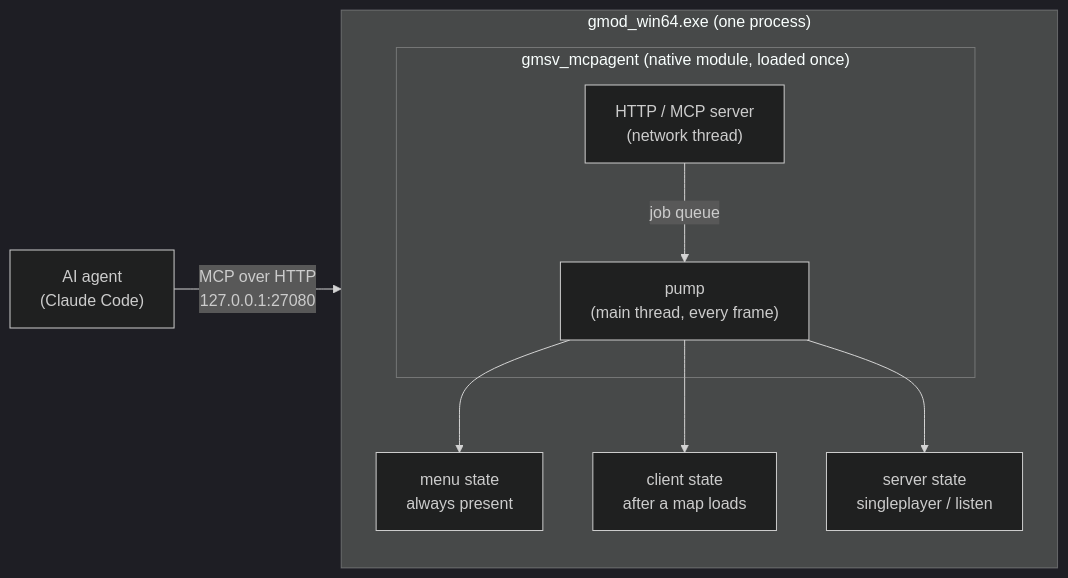
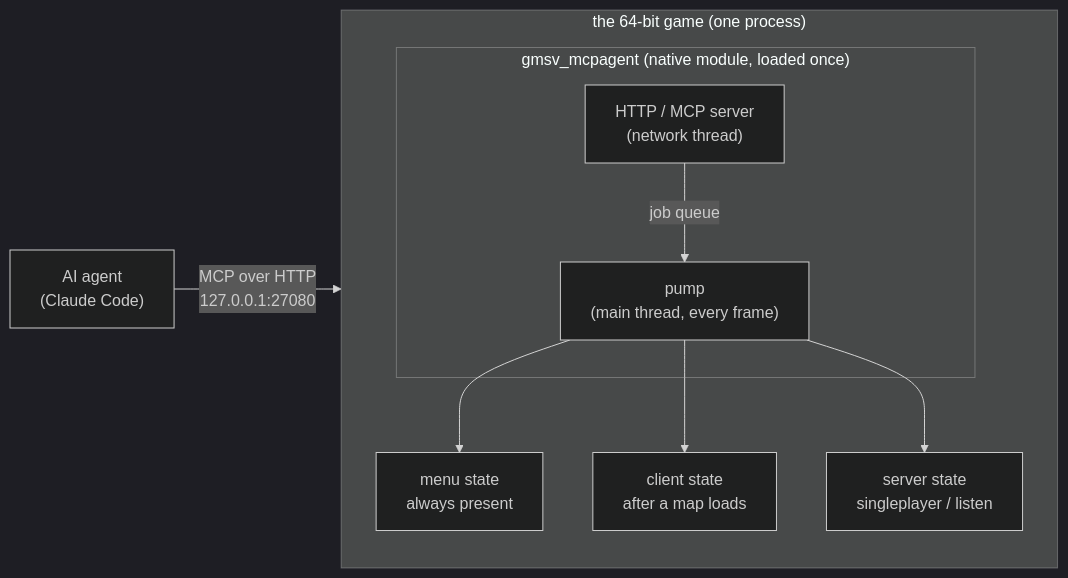
Before and after one commit to ExtReMLapin/gmod-mcp: the first of 2 diagrams in README.md, drawn with Mermaid (dark theme). The commit also changed other lines of this file and 12 other files, not shown here.

First line of the commit message:
Find the 64-bit game in bin/win64/gmod.exe as well as gmod_win64.exe

````diff
--- a/README.md
+++ b/README.md
@@ -323,14 +324,14 @@
 ```mermaid
 flowchart LR
     agent["AI agent<br/>(Claude Code)"] -- "MCP over HTTP<br/>127.0.0.1:27080" --> http
 
-    subgraph game["gmod_win64.exe (one process)"]
+    subgraph game["the 64-bit game (one process)"]
         direction TB
         subgraph dll["gmsv_mcpagent (native module, loaded once)"]
             http["HTTP / MCP server<br/>(network thread)"] -- "job queue" --> pump["pump<br/>(main thread, every frame)"]
         end
         pump --> menu["menu state<br/>always present"]
         pump --> client["client state<br/>after a map loads"]
         pump --> server["server state<br/>singleplayer / listen"]
     end
 ```
````
